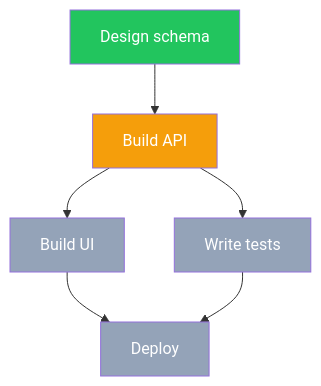
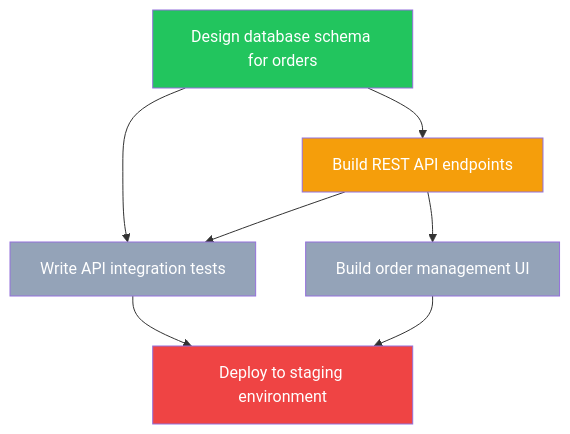
The second of 4 diagrams in opencode/superpowers/skills/to-diagram/SKILL.md (rryando/SPOC), drawn with Mermaid before and after one commit. The commit also changed other lines of this file and 3 other files, not shown here.

First line of the commit message:
feat(diagram): elevate to dual-format plan representation

````diff
--- a/opencode/superpowers/skills/to-diagram/SKILL.md
+++ b/opencode/superpowers/skills/to-diagram/SKILL.md
@@ -140,13 +191,19 @@
 ```mermaid
 flowchart TD
     classDef done fill:#22c55e,color:#fff
     classDef inProgress fill:#f59e0b,color:#fff
     classDef blocked fill:#ef4444,color:#fff
     classDef backlog fill:#94a3b8,color:#fff
 
-    A[Design schema]:::done --> B[Build API]:::inProgress
-    B --> C[Build UI]:::backlog
-    B --> D[Write tests]:::backlog
-    C --> E[Deploy]:::backlog
+    A[Design database schema for orders]:::done --> B[Build REST API endpoints]:::inProgress
+    A --> C[Write API integration tests]:::backlog
+    B --> D[Build order management UI]:::backlog
+    B --> C
+    C --> E[Deploy to staging environment]:::blocked
     D --> E
+
+    %% status: A=done, B=inProgress, C=backlog, D=backlog, E=blocked
+    %% ready: C (A done, B will complete soon)
+    %% blocked: E (waiting on C and D)
+    %% next-action: Start C (tests can begin once API shape is stable)
 ```
````
